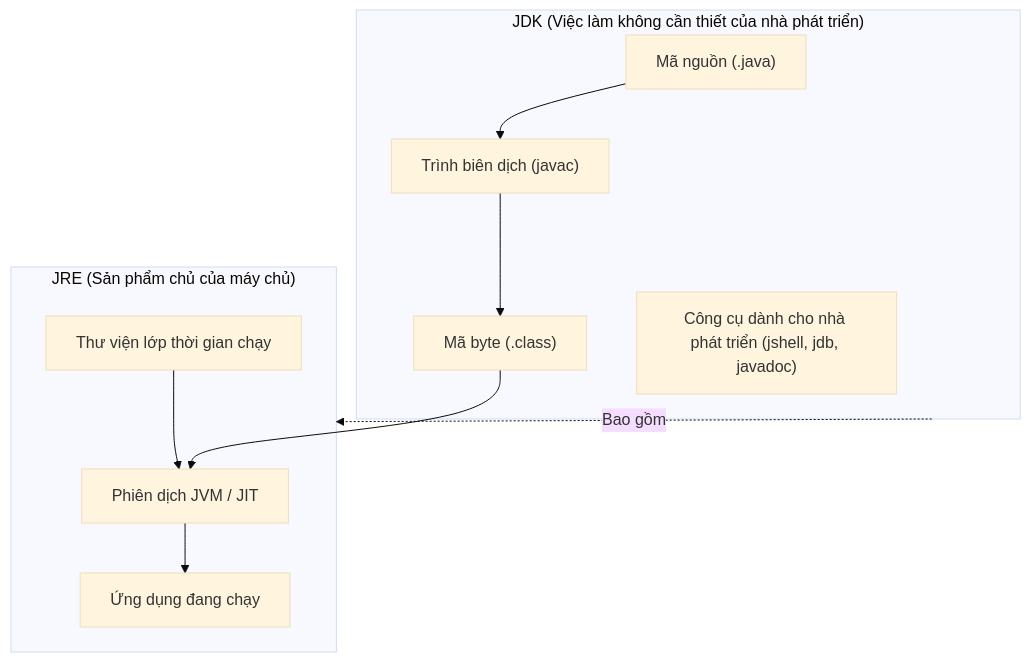
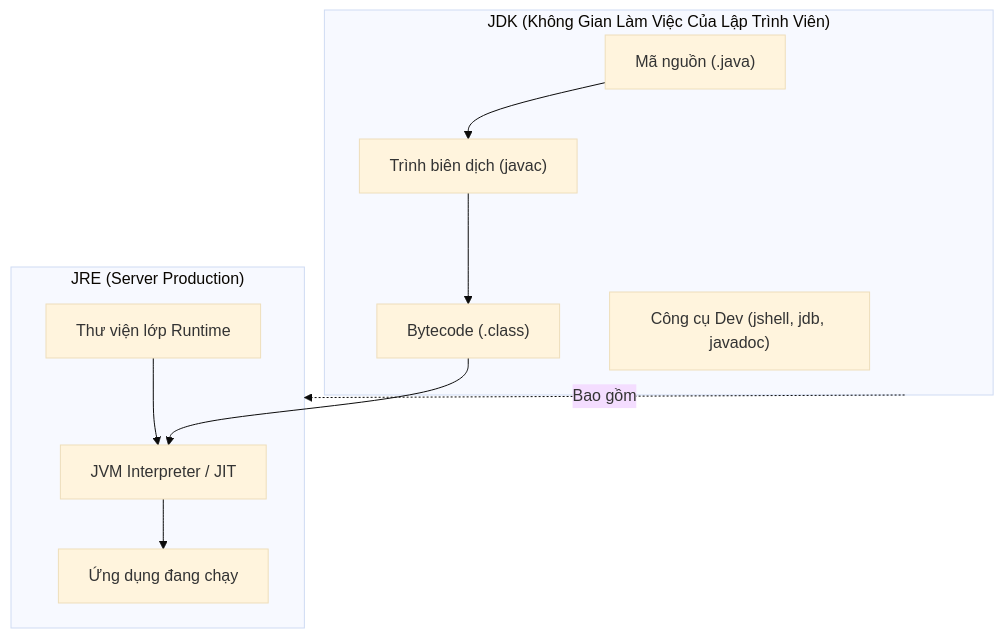
Before and after one commit to PhuThien2005/theoretical-of-java-core: the first of 2 diagrams in vi/01-overview/theory/02-jvm-jre-jdk.md, drawn with Mermaid (base theme). The commit also changed other lines of this file and 229 other files, not shown here.

````diff
--- a/vi/01-overview/theory/02-jvm-jre-jdk.md
+++ b/vi/01-overview/theory/02-jvm-jre-jdk.md
@@ -57,14 +58,14 @@
 ```mermaid
 flowchart TD
-    subgraph JDK ["JDK (Việc làm không cần thiết của nhà phát triển)"]
+    subgraph JDK ["JDK (Không Gian Làm Việc Của Lập Trình Viên)"]
         source["Mã nguồn (.java)"] --> javac["Trình biên dịch (javac)"]
-        javac --> bytecode["Mã byte (.class)"]
-        tools["Công cụ dành cho nhà phát triển (jshell, jdb, javadoc)"]
+        javac --> bytecode["Bytecode (.class)"]
+        tools["Công cụ Dev (jshell, jdb, javadoc)"]
     end
-    subgraph JRE ["JRE (Sản phẩm chủ của máy chủ)"]
-        bytecode --> jvm["Phiên dịch JVM / JIT"]
-        libs["Thư viện lớp thời gian chạy"] --> jvm
+    subgraph JRE ["JRE (Server Production)"]
+        bytecode --> jvm["JVM Interpreter / JIT"]
+        libs["Thư viện lớp Runtime"] --> jvm
         jvm --> run["Ứng dụng đang chạy"]
     end
-    JDK -. Bao gồm.-> JRE
+    JDK -. Bao gồm .-> JRE
 ```
````
